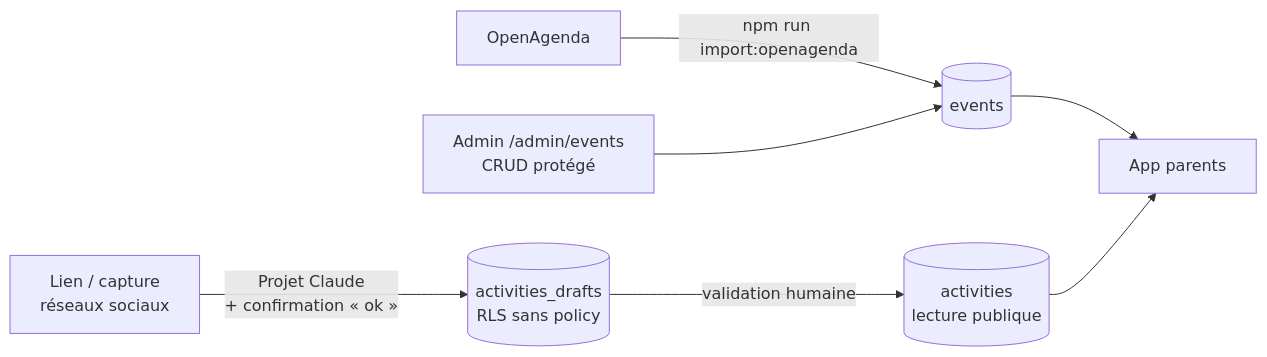
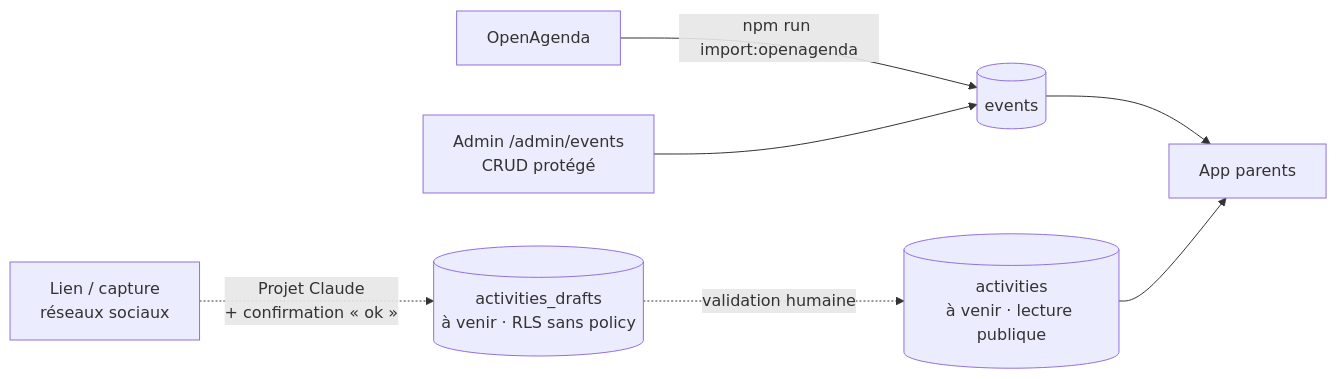
One commit to mehdisebei-debug/KIDS-APP changed the eighth of 12 diagrams in docs/SDLC.md. Above: the diagram before and after it, drawn with Mermaid. The commit also changed other lines of this file, not shown here.

````diff
--- a/docs/SDLC.md
+++ b/docs/SDLC.md
@@ -442,9 +598,9 @@
 ```mermaid
 flowchart LR
     OA[OpenAgenda] -->|npm run import:openagenda| EV[(events)]
     ADM[Admin /admin/events<br/>CRUD protégé] --> EV
-    SOC[Lien / capture<br/>réseaux sociaux] -->|Projet Claude<br/>+ confirmation « ok »| DR[(activities_drafts<br/>RLS sans policy)]
-    DR -->|validation humaine| ACT[(activities<br/>lecture publique)]
+    SOC[Lien / capture<br/>réseaux sociaux] -.->|Projet Claude<br/>+ confirmation « ok »| DR[(activities_drafts<br/>à venir · RLS sans policy)]
+    DR -.->|validation humaine| ACT[(activities<br/>à venir · lecture publique)]
     EV --> APP[App parents]
     ACT --> APP
 ```
````
